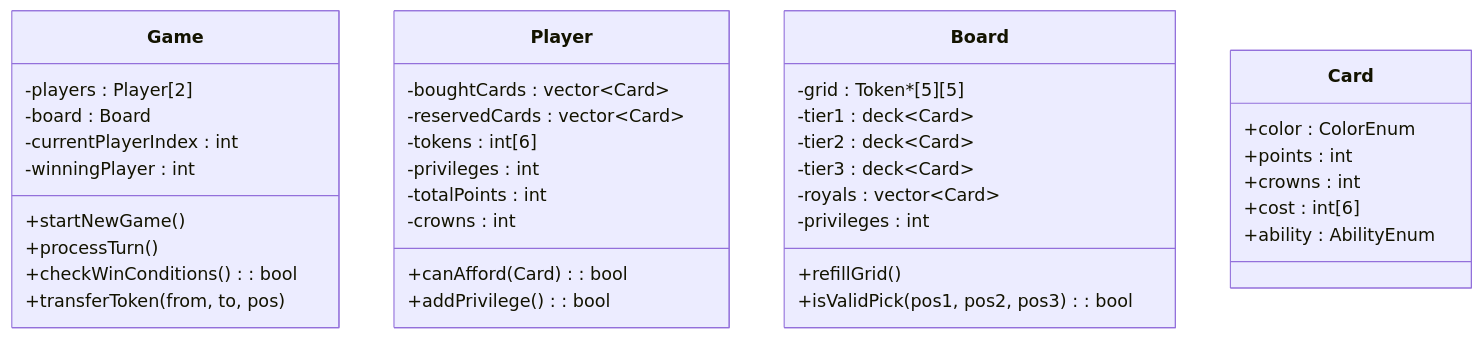
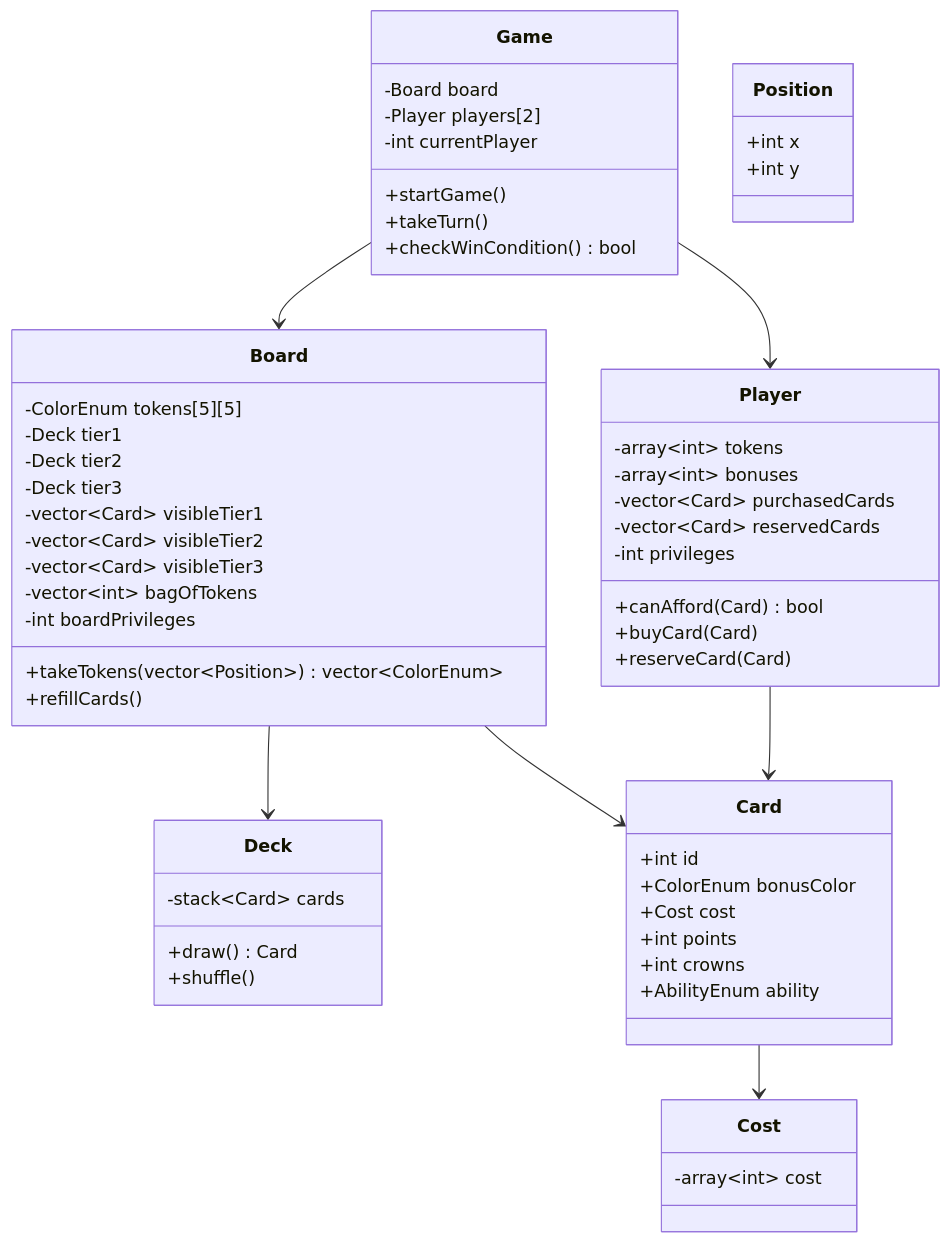
Before and after one commit to josephc8464/SplendorDuel: the diagram in docs/ClassDiagrams/ClassDiagram.mmd, drawn with Mermaid. The commit also changed 8 other files, not shown here.

Commit message:
Refactored Class Diagram

```diff
--- a/docs/ClassDiagrams/ClassDiagram.mmd
+++ b/docs/ClassDiagrams/ClassDiagram.mmd
@@ -1,38 +1,66 @@
 classDiagram
-    class Game {
-        -players : Player[2]
-        -board : Board
-        -currentPlayerIndex : int
-        -winningPlayer : int
-        +startNewGame()
-        +processTurn()
-        +checkWinConditions() : bool
-        +transferToken(from, to, pos)
-    }
-    class Player {
-        -boughtCards : vector~Card~
-        -reservedCards : vector~Card~
-        -tokens : int[6]
-        -privileges : int
-        -totalPoints : int
-        -crowns : int
-        +canAfford(Card) : bool
-        +addPrivilege() : bool
-    }
-    class Board {
-        -grid : Token*[5][5]
-        -tier1 : deck~Card~
-        -tier2 : deck~Card~
-        -tier3 : deck~Card~
-        -royals : vector~Card~
-        -privileges : int
-        +refillGrid()
-        +isValidPick(pos1, pos2, pos3) : bool
-    }
-    class Card {
-        +color : ColorEnum
-        +points : int
-        +crowns : int
-        +cost : int[6]
-        +ability : AbilityEnum
-    }
+
+class Game {
+    -Board board
+    -Player players[2]
+    -int currentPlayer
+    +startGame()
+    +takeTurn()
+    +checkWinCondition() bool
+}
+
+class Board {
+    -ColorEnum tokens[5][5]
+    -Deck tier1
+    -Deck tier2
+    -Deck tier3
+    -vector~Card~ visibleTier1
+    -vector~Card~ visibleTier2
+    -vector~Card~ visibleTier3
+    -vector~int~ bagOfTokens
+    -int boardPrivileges
+    +takeTokens(vector~Position~) vector~ColorEnum~
+    +refillCards()
+}
+
+class Player {
+    -array~int~ tokens
+    -array~int~ bonuses
+    -vector~Card~ purchasedCards
+    -vector~Card~ reservedCards
+    -int privileges
+    +canAfford(Card) bool
+    +buyCard(Card)
+    +reserveCard(Card)
+}
+
+class Deck {
+    -stack~Card~ cards
+    +draw() Card
+    +shuffle()
+}
+
+class Card {
+    +int id
+    +ColorEnum bonusColor
+    +Cost cost
+    +int points
+    +int crowns
+    +AbilityEnum ability
+}
+
+class Cost {
+    -array~int~ cost
+}
+
+class Position {
+    +int x
+    +int y
+}
+
+Game --> Board
+Game --> Player
+Board --> Deck
+Board --> Card
+Player --> Card
+Card --> Cost
```
